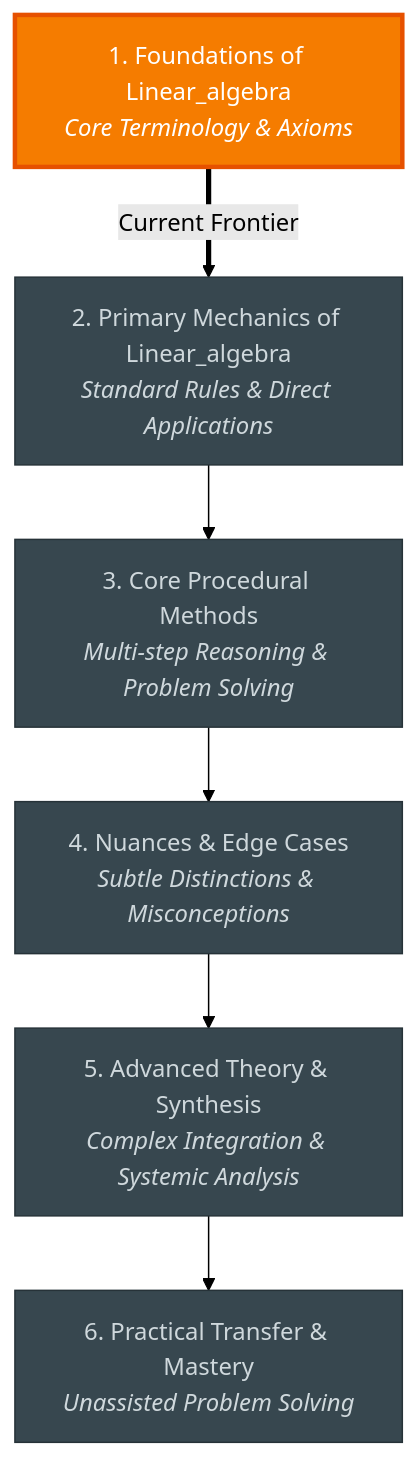
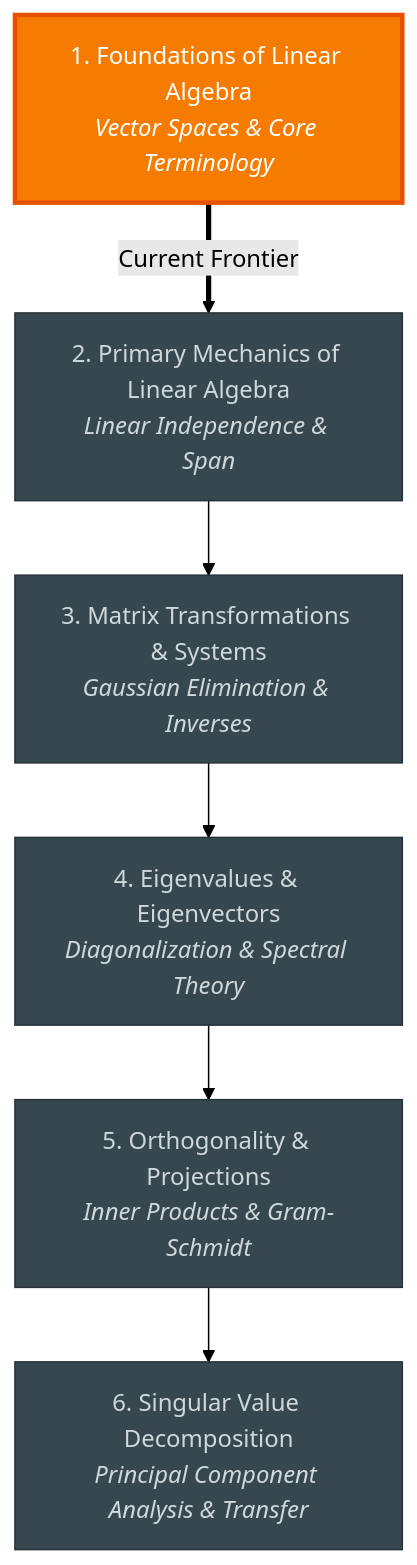
Before and after one commit to Samuel-Habib/ai_learning_assistant: the diagram in md/01_CURRICULUM_ROADMAP.md, drawn with Mermaid (forest theme). The commit also changed other lines of this file and 17 other files, not shown here.

````diff
--- a/md/01_CURRICULUM_ROADMAP.md
+++ b/md/01_CURRICULUM_ROADMAP.md
@@ -9,19 +9,19 @@
 ```mermaid
 flowchart TD
     classDef mastered fill:#2e7d32,stroke:#1b5e20,stroke-width:2px,color:#fff;
     classDef current fill:#f57c00,stroke:#e65100,stroke-width:3px,color:#fff;
     classDef upcoming fill:#37474f,stroke:#263238,stroke-width:1px,color:#cfd8dc;
 
-    M1["1. Foundations of Linear_algebra<br/><i>Core Terminology & Axioms</i>"]:::current
-    M2["2. Primary Mechanics of Linear_algebra<br/><i>Standard Rules & Direct Applications</i>"]:::upcoming
-    M3["3. Core Procedural Methods<br/><i>Multi-step Reasoning & Problem Solving</i>"]:::upcoming
-    M4["4. Nuances & Edge Cases<br/><i>Subtle Distinctions & Misconceptions</i>"]:::upcoming
-    M5["5. Advanced Theory & Synthesis<br/><i>Complex Integration & Systemic Analysis</i>"]:::upcoming
-    M6["6. Practical Transfer & Mastery<br/><i>Unassisted Problem Solving</i>"]:::upcoming
+    M1["1. Foundations of Linear Algebra<br/><i>Vector Spaces & Core Terminology</i>"]:::current
+    M2["2. Primary Mechanics of Linear Algebra<br/><i>Linear Independence & Span</i>"]:::upcoming
+    M3["3. Matrix Transformations & Systems<br/><i>Gaussian Elimination & Inverses</i>"]:::upcoming
+    M4["4. Eigenvalues & Eigenvectors<br/><i>Diagonalization & Spectral Theory</i>"]:::upcoming
+    M5["5. Orthogonality & Projections<br/><i>Inner Products & Gram-Schmidt</i>"]:::upcoming
+    M6["6. Singular Value Decomposition<br/><i>Principal Component Analysis & Transfer</i>"]:::upcoming
 
     M1 ==>|Current Frontier| M2
     M2 --> M3
     M3 --> M4
     M4 --> M5
     M5 --> M6
 ```
````
